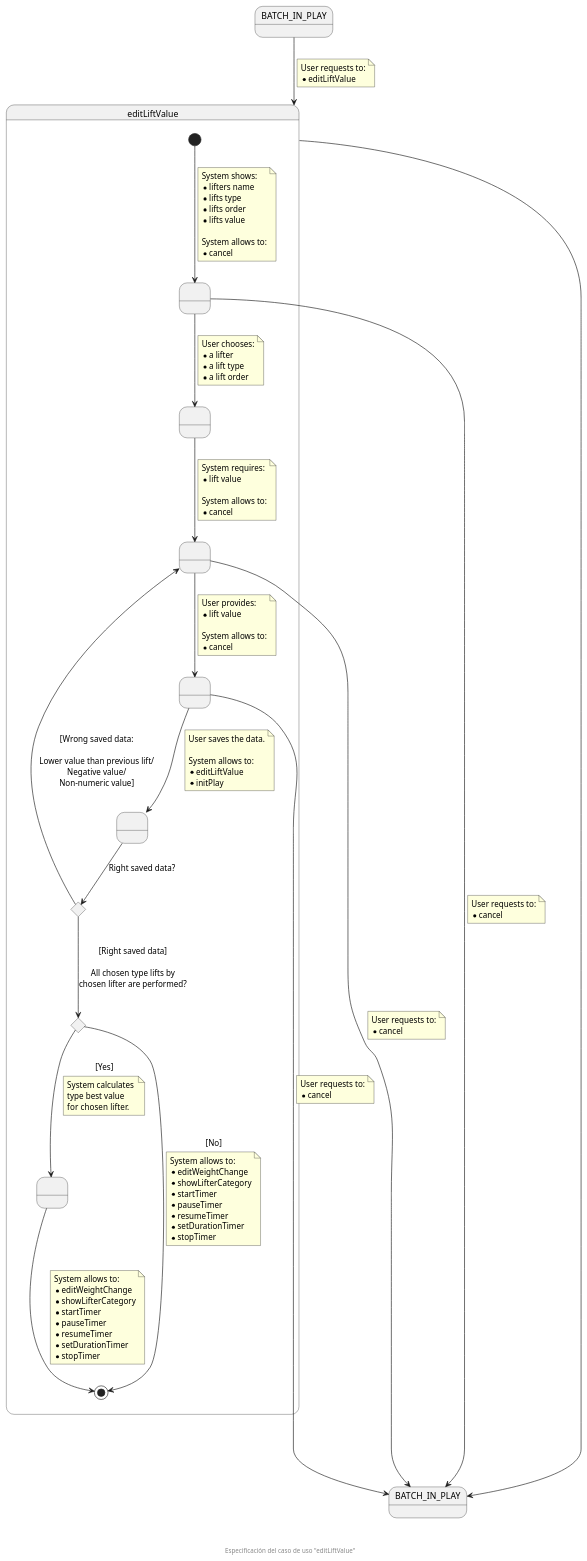
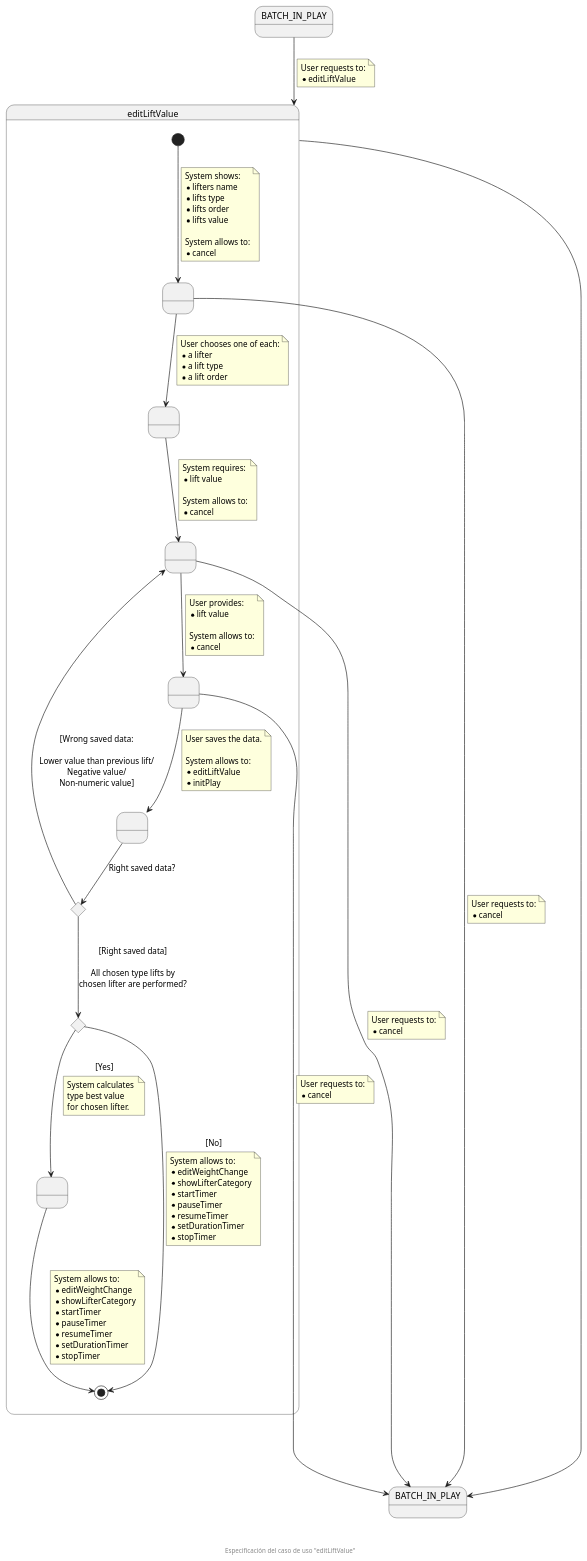
One commit to zuldare/mastercloud_pfm_halterocms changed the diagram in documentation/diagrams/1_requirements/3_useCasesSpecification/competitionSecretary/03_editLiftValue.puml. Above: the diagram before and after it, drawn with PlantUML. The commit also changed 2 other files, not shown here.

```diff
--- a/documentation/diagrams/1_requirements/3_useCasesSpecification/competitionSecretary/03_editLiftValue.puml
+++ b/documentation/diagrams/1_requirements/3_useCasesSpecification/competitionSecretary/03_editLiftValue.puml
@@ -1,126 +1,126 @@
 @startuml
 state BATCH_IN_PLAY
 state "BATCH_IN_PLAY" as BATCH_IN_PLAY_F
 state editLiftValue {
   state " " as SHOWED_LIFTS_VALUE
   state " " as CHOSEN_LIFTER
   state " " as REQUIRED_DATA
   state " " as PROVIDED_DATA
   state " " as SAVED_DATA
   state wrongDataProvidedCHC <<choice>>
   state allTypeLiftsPerformedCHC <<choice>>
   state " " as CALCULATED_BEST
 
   [*] --> SHOWED_LIFTS_VALUE
   note on link
     System shows:
     * lifters name
     * lifts type
     * lifts order
     * lifts value
 
     System allows to:
     * cancel
   end note
   
   SHOWED_LIFTS_VALUE --> CHOSEN_LIFTER
   note on link
-    User chooses:
+    User chooses one of each:
     * a lifter
     * a lift type
     * a lift order
   end note
 
   SHOWED_LIFTS_VALUE -down-> BATCH_IN_PLAY_F
   note on link
     User requests to:
     * cancel
   end note
 
   CHOSEN_LIFTER --> REQUIRED_DATA
   note on link
     System requires:
     * lift value
 
     System allows to:
     * cancel
   end note
 
   REQUIRED_DATA -down---> BATCH_IN_PLAY_F
   note on link
     User requests to:
     * cancel
   end note
 
   REQUIRED_DATA --> PROVIDED_DATA
   note on link
     User provides:
     * lift value
 
     System allows to:
     * cancel
   end note
 
   PROVIDED_DATA --> SAVED_DATA
   note on link
     User saves the data.
 
     System allows to:
     * editLiftValue
     * initPlay
   end note
 
   SAVED_DATA --> wrongDataProvidedCHC : Right saved data?
 
   wrongDataProvidedCHC --> allTypeLiftsPerformedCHC : [Right saved data]\n\nAll chosen type lifts by\nchosen lifter are performed? 
 
   allTypeLiftsPerformedCHC --> CALCULATED_BEST : [Yes]
   note on link
     System calculates 
     type best value
     for chosen lifter.
   end note
 
   CALCULATED_BEST --> [*]
   note on link
     System allows to:
     * editWeightChange
     * showLifterCategory
     * startTimer
     * pauseTimer
     * resumeTimer
     * setDurationTimer
     * stopTimer
   end note
 
   allTypeLiftsPerformedCHC --> [*] : [No]
   note on link
     System allows to:
     * editWeightChange
     * showLifterCategory
     * startTimer
     * pauseTimer
     * resumeTimer
     * setDurationTimer
     * stopTimer
   end note
 
   wrongDataProvidedCHC --> REQUIRED_DATA : [Wrong saved data:\n\nLower value than previous lift/\nNegative value/\nNon-numeric value]
 
   PROVIDED_DATA -down-------> BATCH_IN_PLAY_F
   note on link
     User requests to:
     * cancel
   end note
 }
 
 BATCH_IN_PLAY --> editLiftValue
 note on link
   User requests to:
   * editLiftValue
 end note
 
 editLiftValue ------> BATCH_IN_PLAY_F
 
 footer \n\n\n Especificación del caso de uso "editLiftValue"
 @enduml
```
